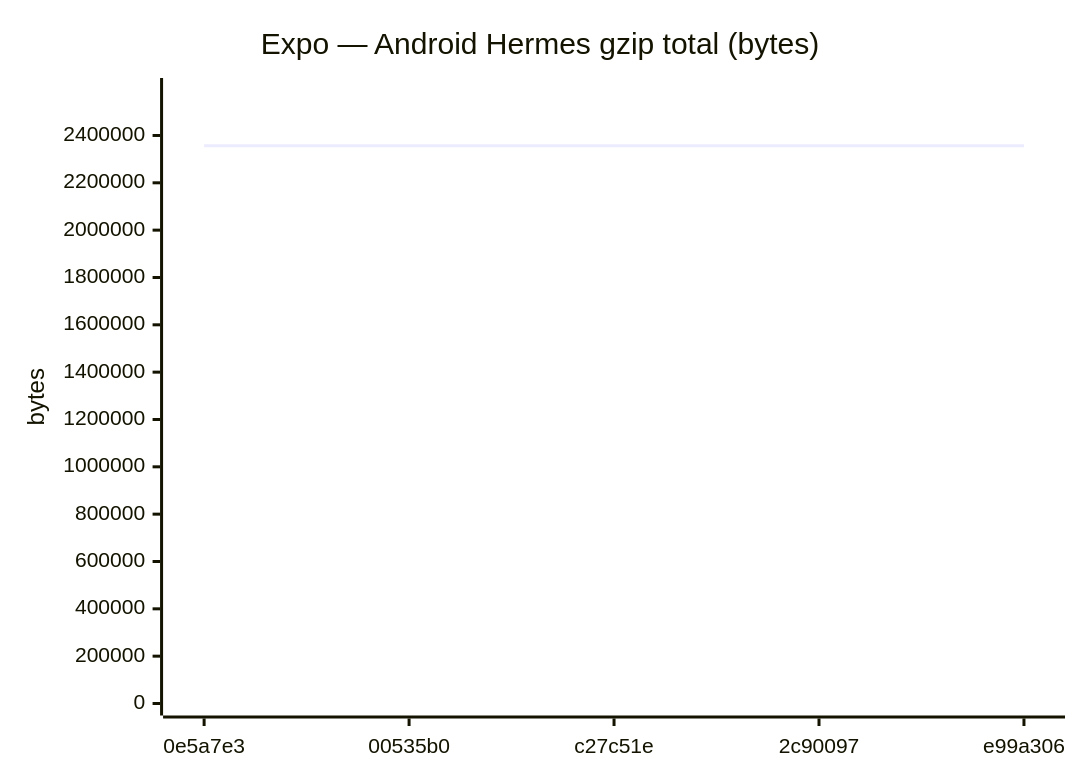
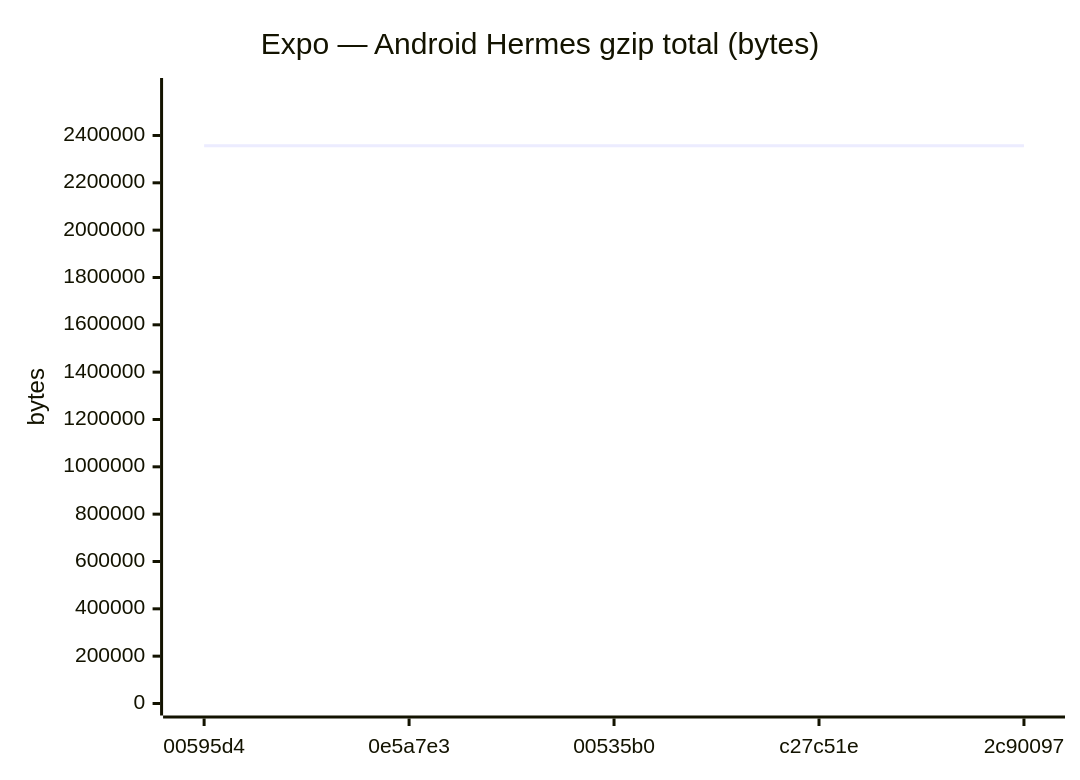
Diagram 15 of 24 in benchmarks/compare.md (Metaheurist/Rianell), drawn with Mermaid before and after one commit. The commit also changed other lines of this file and 12 other files, not shown here.

````diff
--- a/benchmarks/compare.md
+++ b/benchmarks/compare.md
@@ -205,7 +209,7 @@
 ```mermaid
 xychart-beta
     title "Expo — Android Hermes gzip total (bytes)"
-    x-axis ["0e5a7e3", "00535b0", "c27c51e", "2c90097", "e99a306"]
-    y-axis "bytes" 0 --> 2592120
-    line [2356472, 2356301, 2356304, 2356302, 2356302]
+    x-axis ["00595d4", "0e5a7e3", "00535b0", "c27c51e", "2c90097"]
+    y-axis "bytes" 0 --> 2592122
+    line [2356474, 2356472, 2356301, 2356304, 2356302]
 ```
````
